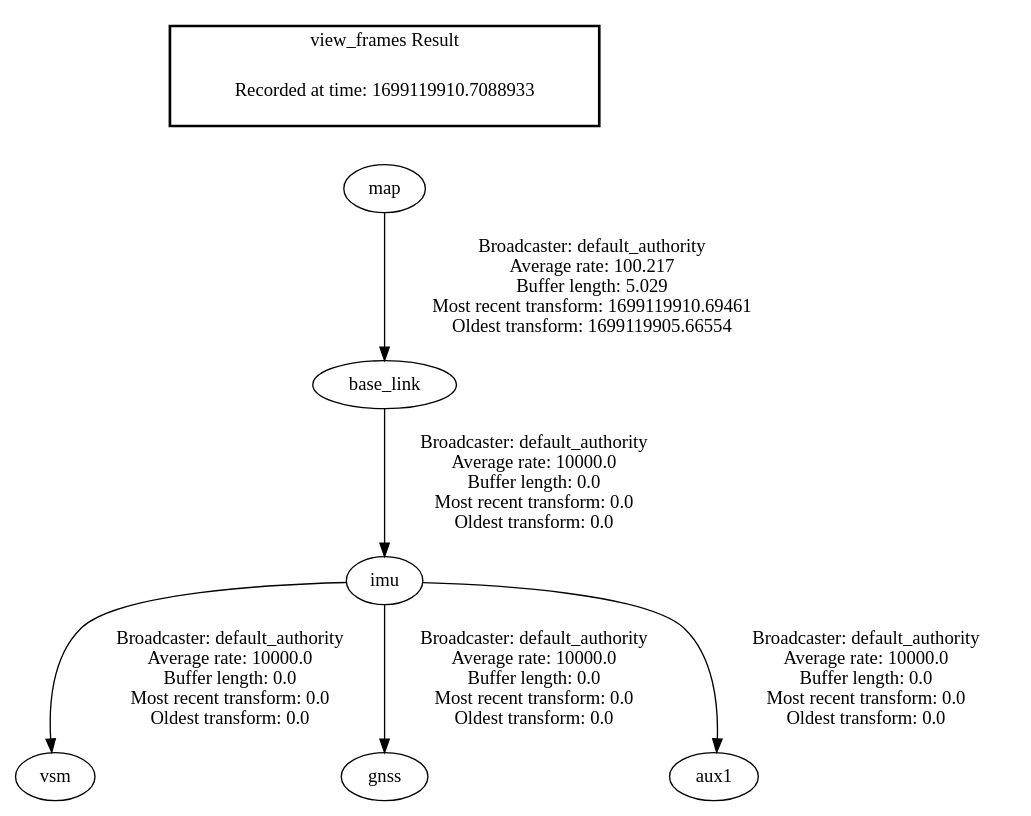
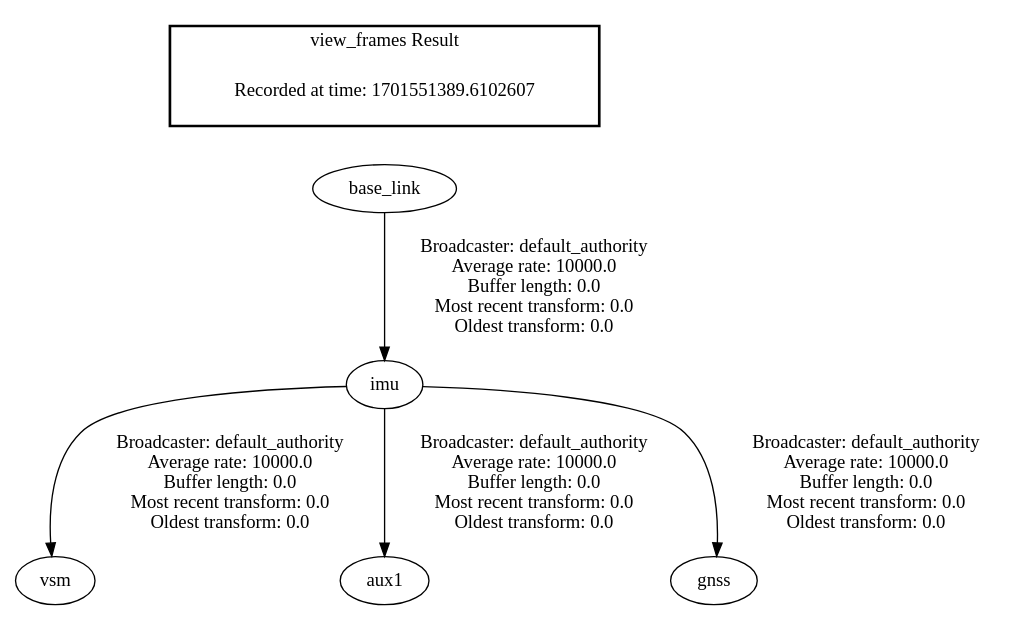
Before and after one commit to EnchengLiu/ROAR-GoKart_SensorFusion: the diagram in src/frames.gv, drawn with Graphviz. The commit also changed 11535 other files, not shown here.

```diff
--- a/src/frames.gv
+++ b/src/frames.gv
@@ -1,11 +1,10 @@
 digraph G {
 "imu" -> "vsm"[label=" Broadcaster: default_authority\nAverage rate: 10000.0\nBuffer length: 0.0\nMost recent transform: 0.0\nOldest transform: 0.0\n"];
 "base_link" -> "imu"[label=" Broadcaster: default_authority\nAverage rate: 10000.0\nBuffer length: 0.0\nMost recent transform: 0.0\nOldest transform: 0.0\n"];
+"imu" -> "aux1"[label=" Broadcaster: default_authority\nAverage rate: 10000.0\nBuffer length: 0.0\nMost recent transform: 0.0\nOldest transform: 0.0\n"];
 "imu" -> "gnss"[label=" Broadcaster: default_authority\nAverage rate: 10000.0\nBuffer length: 0.0\nMost recent transform: 0.0\nOldest transform: 0.0\n"];
-"imu" -> "aux1"[label=" Broadcaster: default_authority\nAverage rate: 10000.0\nBuffer length: 0.0\nMost recent transform: 0.0\nOldest transform: 0.0\n"];
-"map" -> "base_link"[label=" Broadcaster: default_authority\nAverage rate: 100.217\nBuffer length: 5.029\nMost recent transform: 1699119910.69461\nOldest transform: 1699119905.66554\n"];
 edge [style=invis];
  subgraph cluster_legend { style=bold; color=black; label ="view_frames Result";
-"Recorded at time: 1699119910.7088933"[ shape=plaintext ] ;
-}->"map";
+"Recorded at time: 1701551389.6102607"[ shape=plaintext ] ;
+}->"base_link";
 }
```
